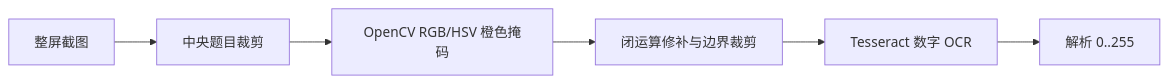
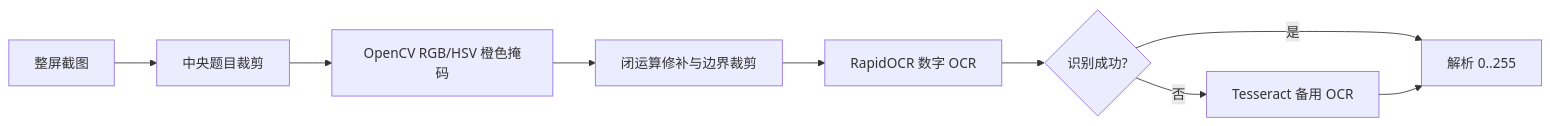
The second of 2 diagrams in docs/binary-speedrun.md (sinxy-sai/turing-complete-guide), drawn with Mermaid before and after one commit. The commit also changed other lines of this file and 9 other files, not shown here.

First line of the commit message:
feat(automation): switch prompt OCR to RapidOCR

````diff
--- a/docs/binary-speedrun.md
+++ b/docs/binary-speedrun.md
@@ -71,8 +72,11 @@
 ```mermaid
 flowchart LR
     A[整屏截图] --> B[中央题目裁剪]
     B --> C[OpenCV RGB/HSV 橙色掩码]
     C --> D[闭运算修补与边界裁剪]
-    D --> E[Tesseract 数字 OCR]
-    E --> F[解析 0..255]
+    D --> E[RapidOCR 数字 OCR]
+    E --> F{识别成功?}
+    F -- 否 --> G[Tesseract 备用 OCR]
+    F -- 是 --> H[解析 0..255]
+    G --> H
 ```
````
